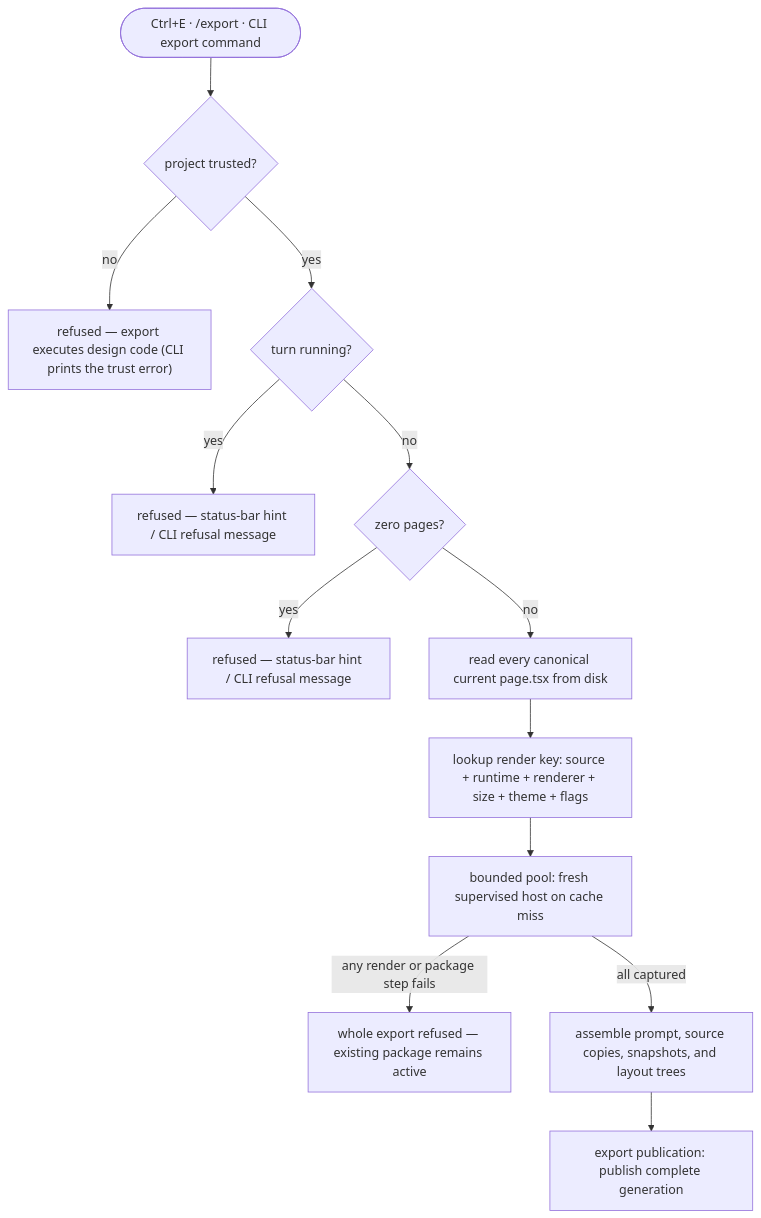
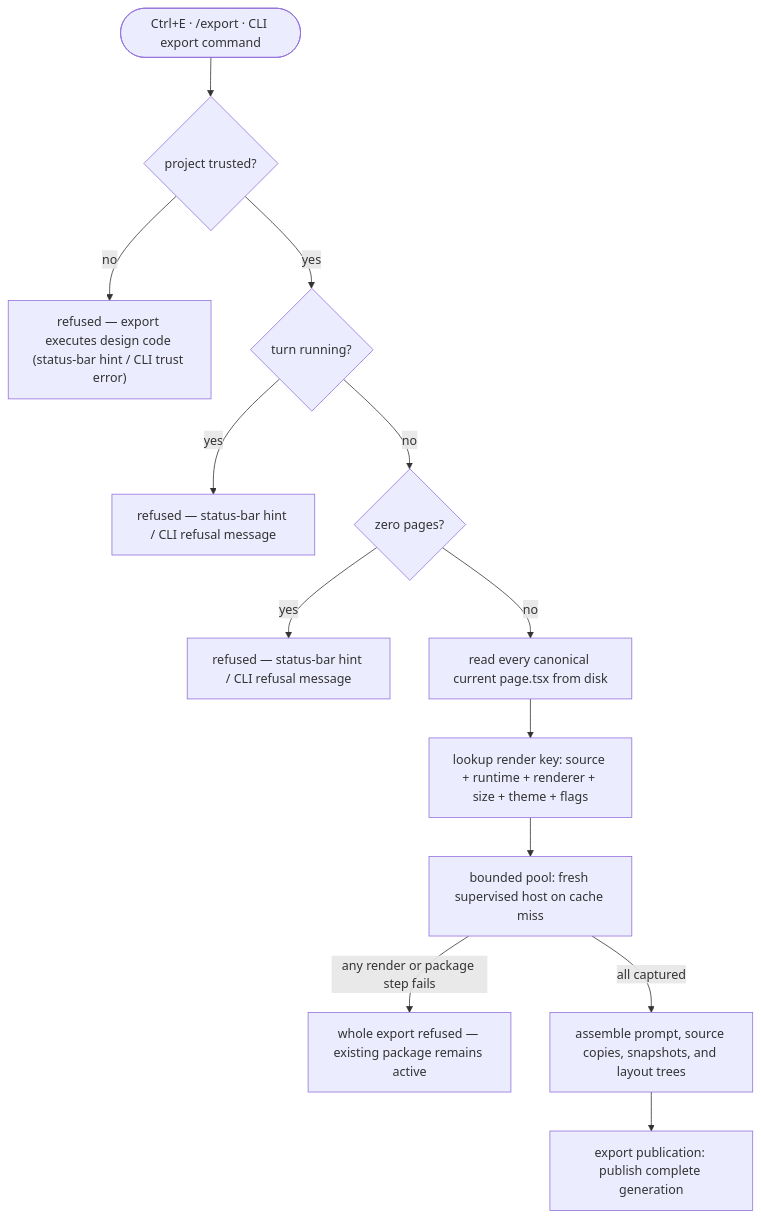
One commit to khmilevoi/termcraft changed the diagram in docs/architecture/flows/export.md. Above: the diagram before and after it, drawn with Mermaid. The commit also changed other lines of this file and 12 other files, not shown here.

First line of the commit message:
docs(architecture): source-anchor sweep after the MVP gap closeout

````diff
--- a/docs/architecture/flows/export.md
+++ b/docs/architecture/flows/export.md
@@ -3,15 +3,15 @@
 ```mermaid
 flowchart TD
     trigger(["Ctrl+E · /export · CLI export command"]) --> trust{"project trusted?"}
-    trust -- "no" --> hint0["refused — export executes design code (CLI prints the trust error)"]
+    trust -- "no" --> hint0["refused — export executes design code (status-bar hint / CLI trust error)"]
     trust -- "yes" --> busy{"turn running?"}
     busy -- "yes" --> hint1["refused — status-bar hint / CLI refusal message"]
     busy -- "no" --> empty{"zero pages?"}
     empty -- "yes" --> hint2["refused — status-bar hint / CLI refusal message"]
     empty -- "no" --> source["read every canonical current page.tsx from disk"]
     source --> cache["lookup render key: source + runtime + renderer + size + theme + flags"]
     cache --> snap["bounded pool: fresh supervised host on cache miss"]
     snap -- "any render or package step fails" --> fail["whole export refused — existing package remains active"]
     snap -- "all captured" --> assemble["assemble prompt, source copies, snapshots, and layout trees"]
     assemble --> publish["export publication: publish complete generation"]
 ```
````
